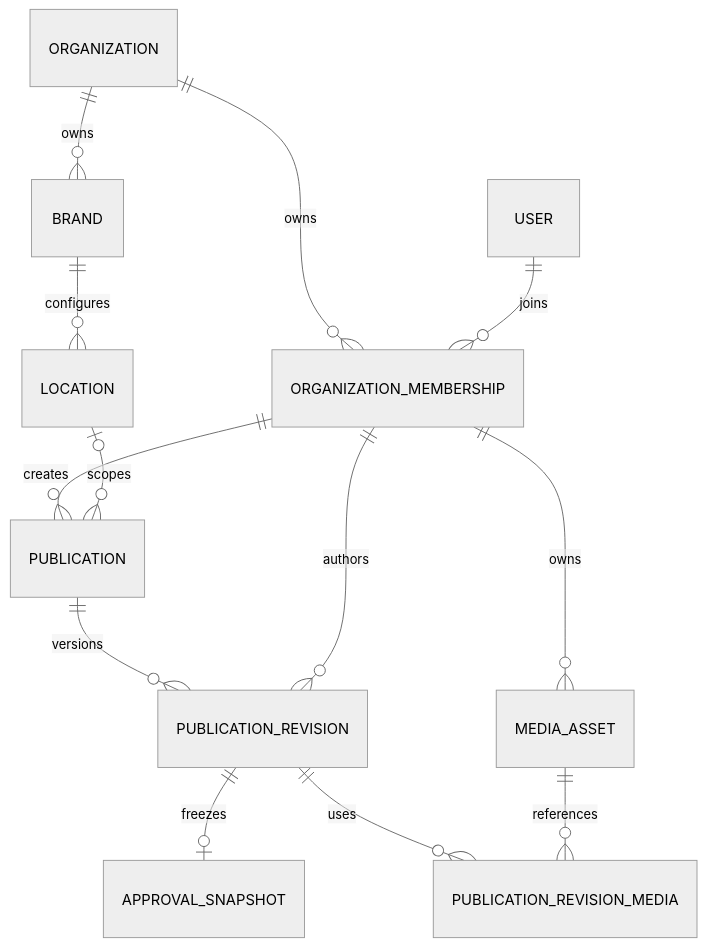
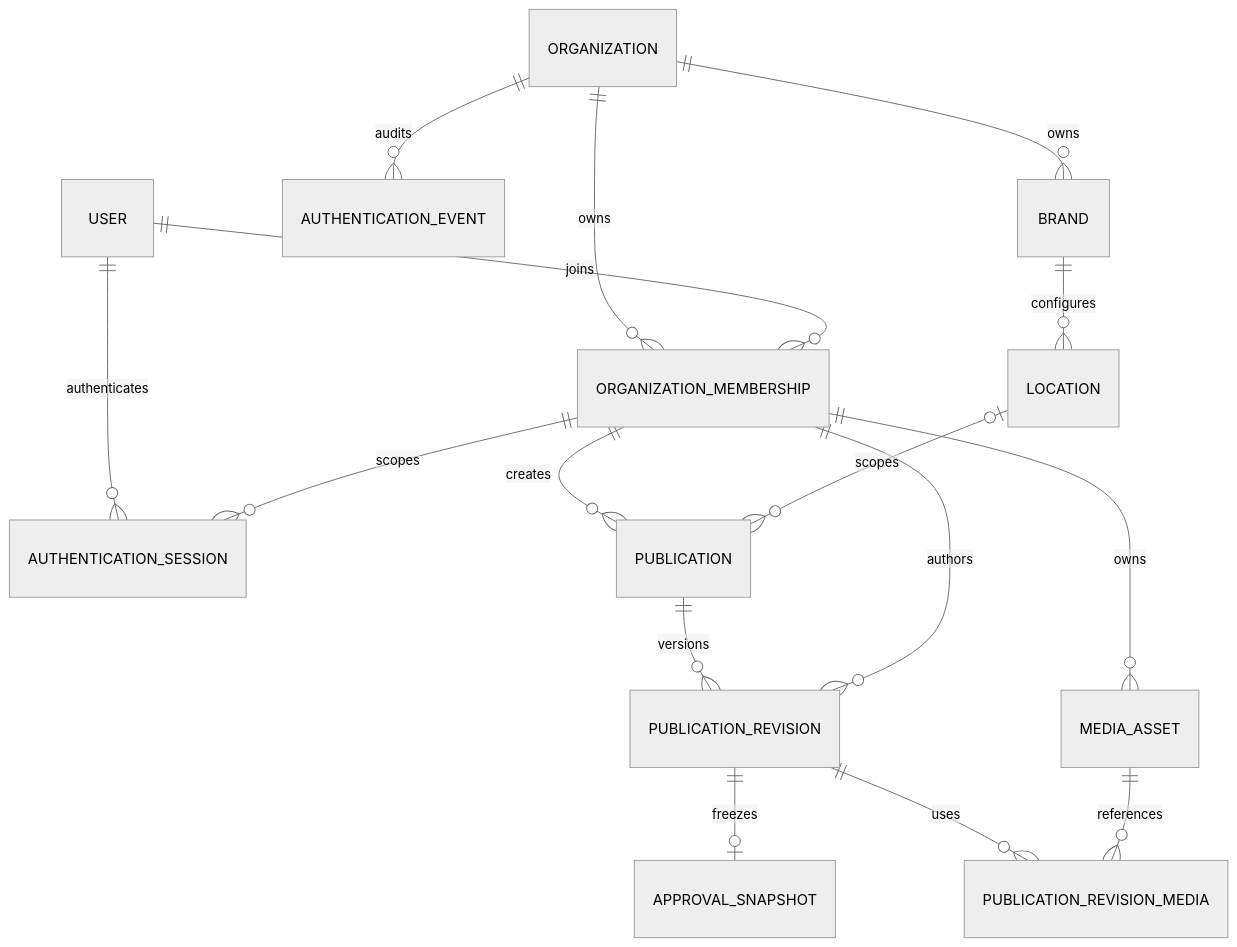
Before and after one commit to MaxiAramayo/ferreteria-generador-meta-ia: the diagram in infrastructure/database/README.md, drawn with Mermaid (neutral theme). The commit also changed other lines of this file and 47 other files, not shown here.

````diff
--- a/infrastructure/database/README.md
+++ b/infrastructure/database/README.md
@@ -10,15 +10,18 @@
 ```mermaid
 erDiagram
   ORGANIZATION ||--o{ ORGANIZATION_MEMBERSHIP : owns
   USER ||--o{ ORGANIZATION_MEMBERSHIP : joins
+  USER ||--o{ AUTHENTICATION_SESSION : authenticates
+  ORGANIZATION_MEMBERSHIP ||--o{ AUTHENTICATION_SESSION : scopes
+  ORGANIZATION ||--o{ AUTHENTICATION_EVENT : audits
   ORGANIZATION ||--o{ BRAND : owns
   BRAND ||--o{ LOCATION : configures
   ORGANIZATION_MEMBERSHIP ||--o{ PUBLICATION : creates
   LOCATION o|--o{ PUBLICATION : scopes
   PUBLICATION ||--o{ PUBLICATION_REVISION : versions
   ORGANIZATION_MEMBERSHIP ||--o{ PUBLICATION_REVISION : authors
   PUBLICATION_REVISION ||--o| APPROVAL_SNAPSHOT : freezes
   ORGANIZATION_MEMBERSHIP ||--o{ MEDIA_ASSET : owns
   PUBLICATION_REVISION ||--o{ PUBLICATION_REVISION_MEDIA : uses
   MEDIA_ASSET ||--o{ PUBLICATION_REVISION_MEDIA : references
 ```
````
